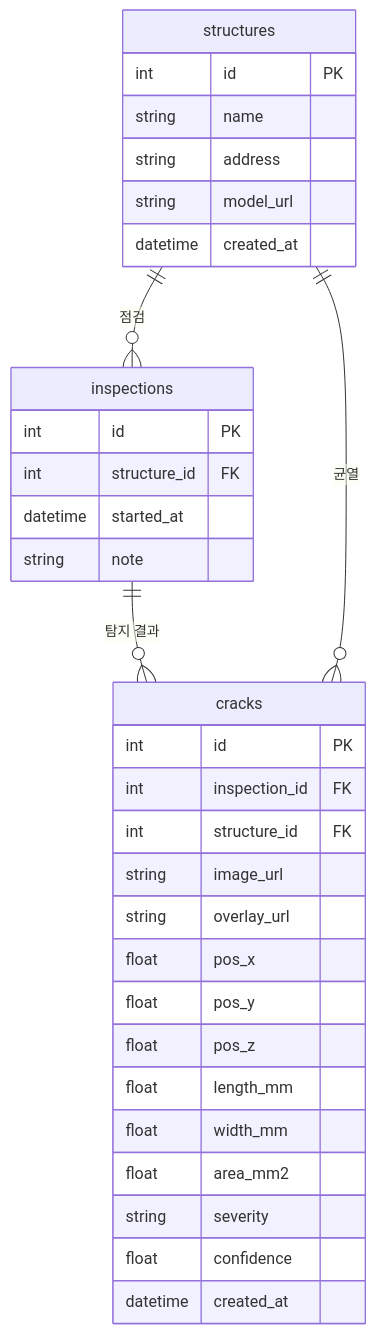
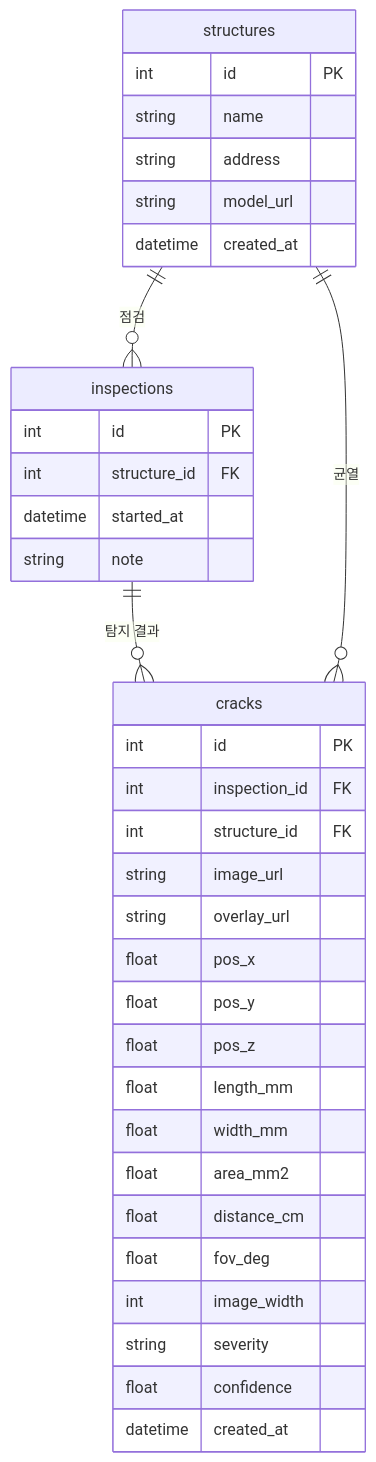
One commit to inha0307/AI-idea-system changed the sixth of 6 diagrams in docs/시스템팀_개발.md. Above: the diagram before and after it, drawn with Mermaid. The commit also changed other lines of this file and 7 other files, not shown here.

First line of the commit message:
Add capture conditions (distanceCm, fovDeg, imageWidth) to crack responses

````diff
--- a/docs/시스템팀_개발.md
+++ b/docs/시스템팀_개발.md
@@ -429,35 +474,38 @@
 ```mermaid
 erDiagram
   structures ||--o{ inspections : "점검"
   inspections ||--o{ cracks : "탐지 결과"
   structures ||--o{ cracks : "균열"
   structures {
     int id PK
     string name
     string address
     string model_url
     datetime created_at
   }
   inspections {
     int id PK
     int structure_id FK
     datetime started_at
     string note
   }
   cracks {
     int id PK
     int inspection_id FK
     int structure_id FK
     string image_url
     string overlay_url
     float pos_x
     float pos_y
     float pos_z
     float length_mm
     float width_mm
     float area_mm2
+    float distance_cm
+    float fov_deg
+    int image_width
     string severity
     float confidence
     datetime created_at
   }
 ```
````
